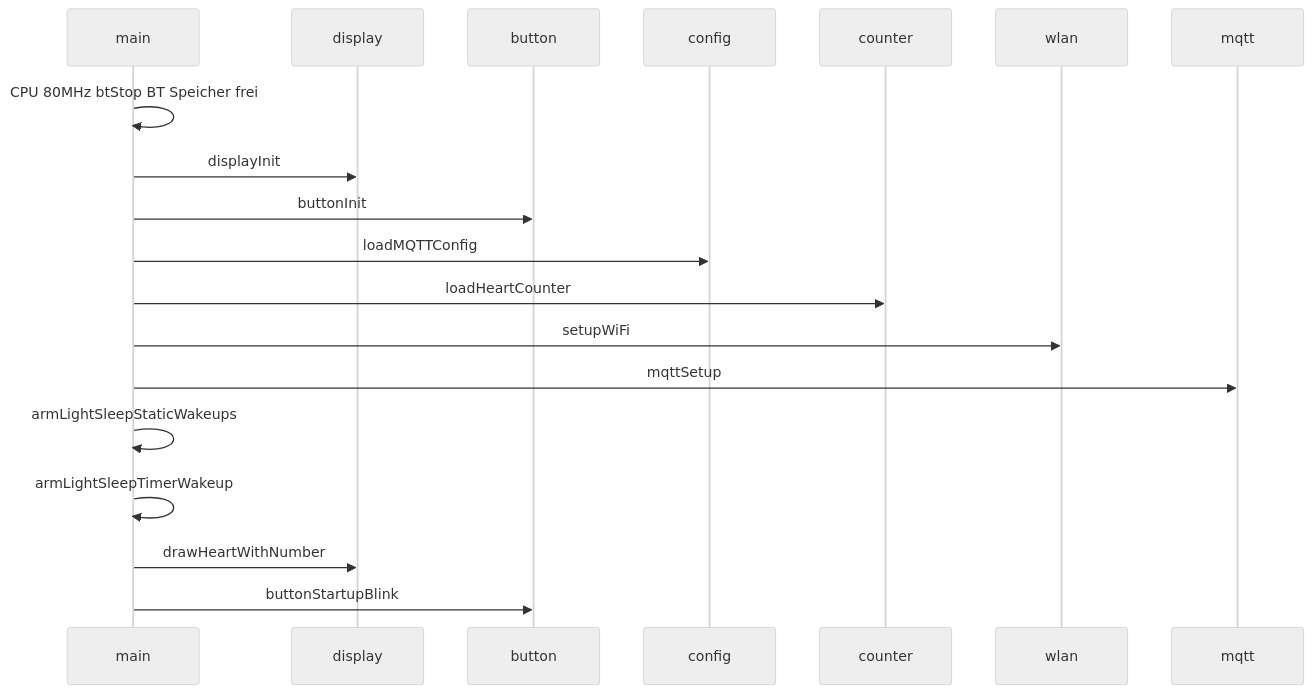
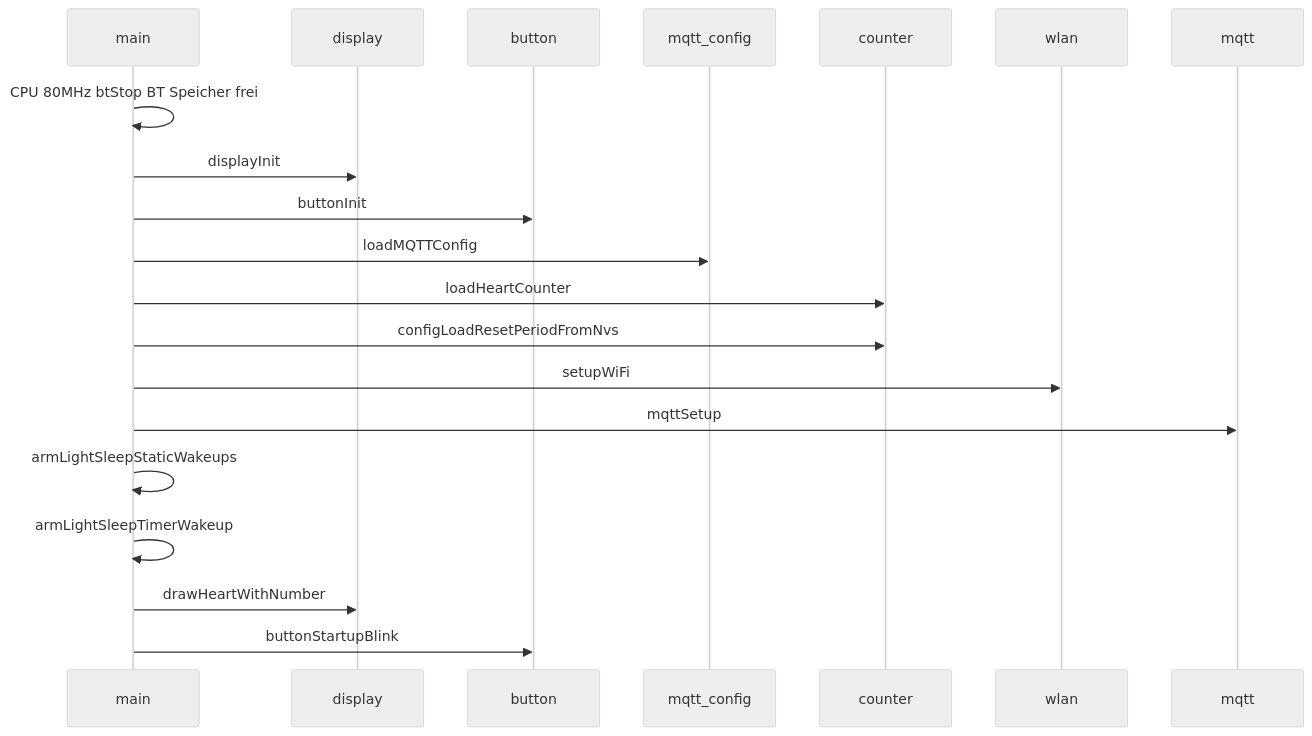
One commit to EyJunge1/chaya2mqtt changed the third of 4 diagrams in docs/ARCHITECTURE.md. Above: the diagram before and after it, drawn with Mermaid (neutral theme). The commit also changed other lines of this file and 23 other files, not shown here.

````diff
--- a/docs/ARCHITECTURE.md
+++ b/docs/ARCHITECTURE.md
@@ -95,22 +95,23 @@
 ```mermaid
 sequenceDiagram
     participant M as main
     participant D as display
     participant B as button
-    participant C as config
+    participant C as mqtt_config
     participant N as counter
     participant W as wlan
     participant Q as mqtt
 
     M->>M: CPU 80MHz btStop BT Speicher frei
     M->>D: displayInit
     M->>B: buttonInit
     M->>C: loadMQTTConfig
     M->>N: loadHeartCounter
+    M->>N: configLoadResetPeriodFromNvs
     M->>W: setupWiFi
     M->>Q: mqttSetup
     M->>M: armLightSleepStaticWakeups
     M->>M: armLightSleepTimerWakeup
     M->>D: drawHeartWithNumber
     M->>B: buttonStartupBlink
 ```
````
